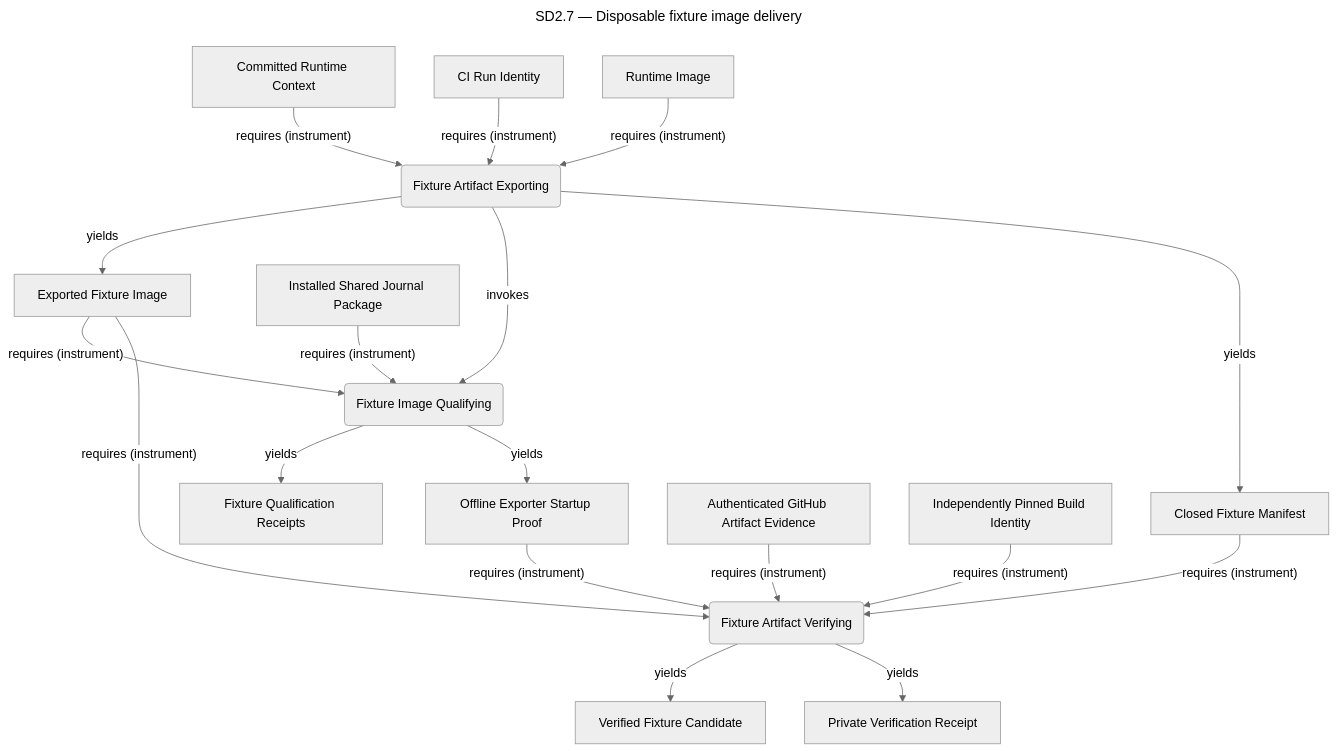
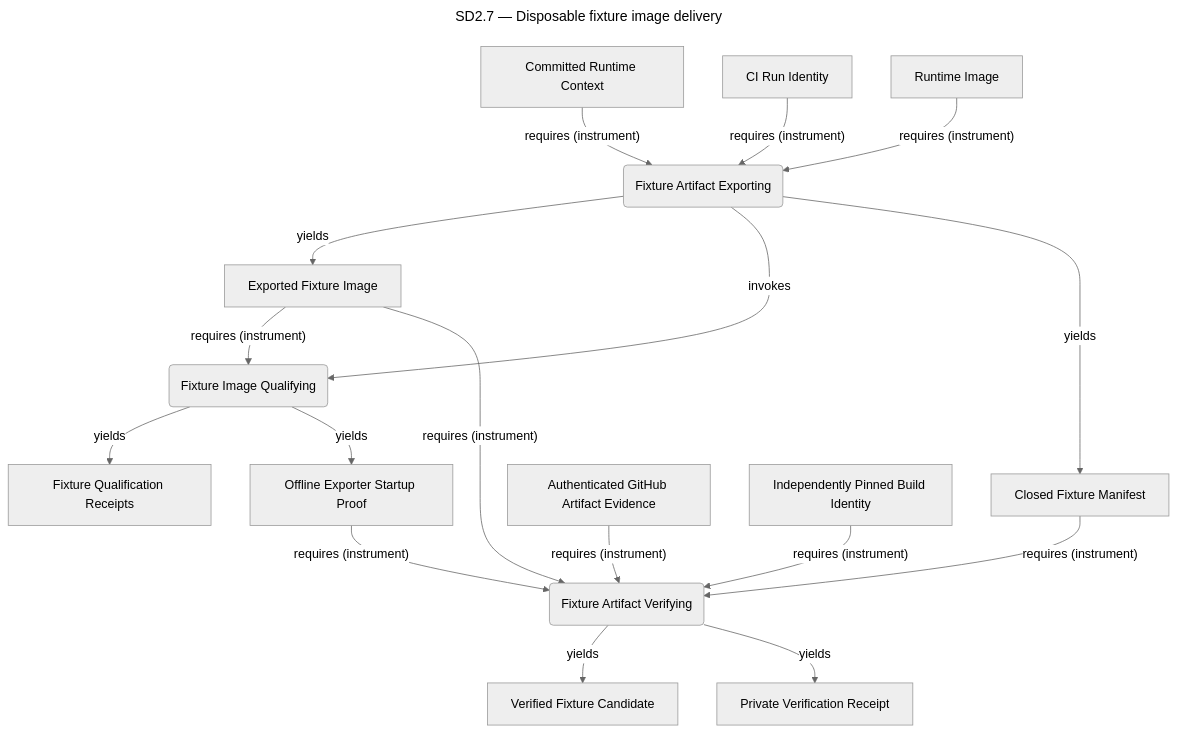
Before and after one commit to ojfbot/daily-logger: diagram 15 of 16 in opm/system.md, drawn with Mermaid (neutral theme). The commit also changed other lines of this file and 5 other files, not shown here.

````diff
--- a/opm/system.md
+++ b/opm/system.md
@@ -1793,40 +1787,38 @@
 ```mermaid
 ---
 title: "SD2.7 — Disposable fixture image delivery"
 ---
 flowchart TD
   accTitle: SD2.7 — Disposable fixture image delivery
   accDescr: Lossy system model projection. Complete source facts follow this diagram.
-  n345("Fixture Artifact Exporting")
-  n346["Committed Runtime Context"]
-  n347["CI Run Identity"]
-  n348["Runtime Image"]
-  n349["Exported Fixture Image"]
-  n350("Fixture Image Qualifying")
-  n351["Installed Shared Journal Package"]
-  n352["Fixture Qualification Receipts"]
-  n353["Offline Exporter Startup Proof"]
-  n354["Closed Fixture Manifest"]
-  n355("Fixture Artifact Verifying")
-  n356["Authenticated GitHub Artifact Evidence"]
-  n357["Independently Pinned Build Identity"]
-  n358["Verified Fixture Candidate"]
-  n359["Private Verification Receipt"]
-  n346 -->|"requires (instrument)"| n345
-  n347 -->|"requires (instrument)"| n345
-  n348 -->|"requires (instrument)"| n345
-  n345 -->|"yields"| n349
-  n345 -->|"invokes"| n350
-  n349 -->|"requires (instrument)"| n350
-  n351 -->|"requires (instrument)"| n350
-  n350 -->|"yields"| n352
-  n350 -->|"yields"| n353
-  n345 -->|"yields"| n354
-  n356 -->|"requires (instrument)"| n355
-  n357 -->|"requires (instrument)"| n355
-  n349 -->|"requires (instrument)"| n355
-  n354 -->|"requires (instrument)"| n355
-  n353 -->|"requires (instrument)"| n355
-  n355 -->|"yields"| n358
-  n355 -->|"yields"| n359
+  n343("Fixture Artifact Exporting")
+  n344["Committed Runtime Context"]
+  n345["CI Run Identity"]
+  n346["Runtime Image"]
+  n347["Exported Fixture Image"]
+  n348("Fixture Image Qualifying")
+  n349["Fixture Qualification Receipts"]
+  n350["Offline Exporter Startup Proof"]
+  n351["Closed Fixture Manifest"]
+  n352("Fixture Artifact Verifying")
+  n353["Authenticated GitHub Artifact Evidence"]
+  n354["Independently Pinned Build Identity"]
+  n355["Verified Fixture Candidate"]
+  n356["Private Verification Receipt"]
+  n344 -->|"requires (instrument)"| n343
+  n345 -->|"requires (instrument)"| n343
+  n346 -->|"requires (instrument)"| n343
+  n343 -->|"yields"| n347
+  n343 -->|"invokes"| n348
+  n347 -->|"requires (instrument)"| n348
+  n348 -->|"yields"| n349
+  n348 -->|"yields"| n350
+  n343 -->|"yields"| n351
+  n353 -->|"requires (instrument)"| n352
+  n354 -->|"requires (instrument)"| n352
+  n347 -->|"requires (instrument)"| n352
+  n351 -->|"requires (instrument)"| n352
+  n350 -->|"requires (instrument)"| n352
+  n352 -->|"yields"| n355
+  n352 -->|"yields"| n356
 ```
````
